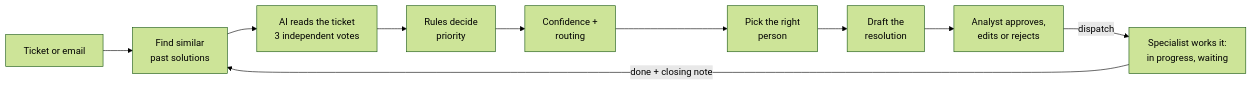
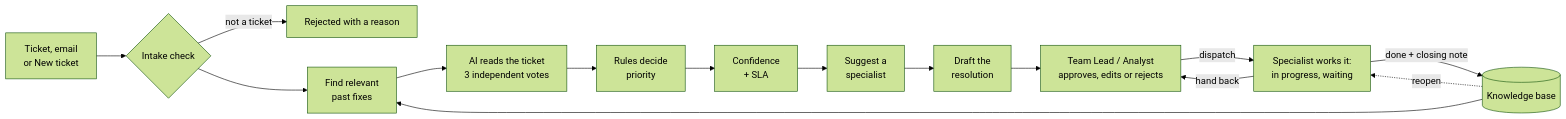
The diagram in README.md (Shivamm08/Swiss_AI_Zurich_Hackathon26), drawn with Mermaid (forest theme) before and after one commit. The commit also changed other lines of this file and 3 other files, not shown here.

Commit message:
Docs: README with screenshots of every flow; backend, frontend and data READMEs

````diff
--- a/README.md
+++ b/README.md
@@ -11,12 +127,17 @@
 ```mermaid
 flowchart LR
-  A[Ticket or email] --> B[Find similar<br/>past solutions]
+  A[Ticket, email<br/>or New ticket] --> I{Intake check}
+  I -->|not a ticket| X[Rejected with a reason]
+  I --> B[Find relevant<br/>past fixes]
   B --> C[AI reads the ticket<br/>3 independent votes]
   C --> D[Rules decide<br/>priority]
-  D --> E[Confidence +<br/>routing]
-  E --> F[Pick the right<br/>person]
+  D --> E[Confidence<br/>+ SLA]
+  E --> F[Suggest a<br/>specialist]
   F --> G[Draft the<br/>resolution]
-  G --> H[Analyst approves,<br/>edits or rejects]
-  H -->|dispatch| I[Specialist works it:<br/>in progress, waiting]
-  I -->|done + closing note| B
+  G --> H[Team Lead / Analyst<br/>approves, edits or rejects]
+  H -->|dispatch| S[Specialist works it:<br/>in progress, waiting]
+  S -->|done + closing note| KB[(Knowledge base)]
+  KB --> B
+  S -->|hand back| H
+  KB -. reopen .-> S
 ```
````
